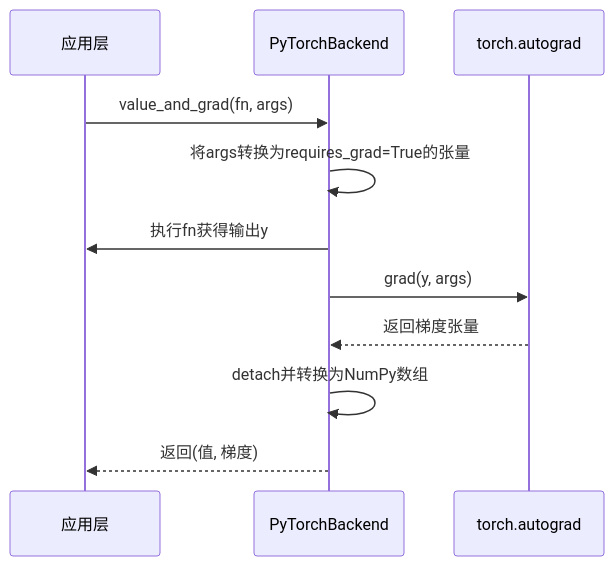
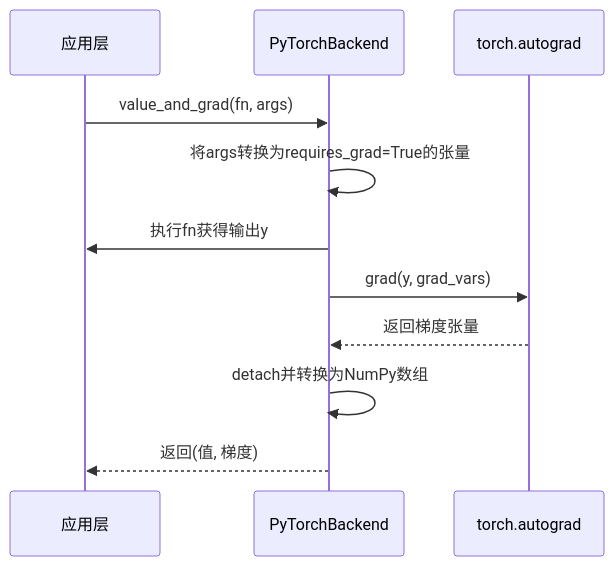
The third of 3 diagrams in .qoder/repowiki/zh/content/数值计算后端/后端实现/后端实现.md (QureGenAI-Biotech/TyxonQ), drawn with Mermaid before and after one commit. The commit also changed other lines of this file and 71 other files, not shown here.

````diff
--- a/.qoder/repowiki/zh/content/数值计算后端/后端实现/后端实现.md
+++ b/.qoder/repowiki/zh/content/数值计算后端/后端实现/后端实现.md
@@ -80,13 +122,13 @@
 ```mermaid
 sequenceDiagram
 participant 应用 as 应用层
-participant 后端 as PyTorchBackend
+participant PyTorch后端 as PyTorchBackend
 participant Autograd as torch.autograd
-应用->>后端 : value_and_grad(fn, args)
-后端->>后端 : 将args转换为requires_grad=True的张量
-后端->>应用 : 执行fn获得输出y
-后端->>Autograd : grad(y, args)
-Autograd-->>后端 : 返回梯度张量
-后端->>后端 : detach并转换为NumPy数组
-后端-->>应用 : 返回(值, 梯度)
+应用->>PyTorch后端 : value_and_grad(fn, args)
+PyTorch后端->>PyTorch后端 : 将args转换为requires_grad=True的张量
+PyTorch后端->>应用 : 执行fn获得输出y
+PyTorch后端->>Autograd : grad(y, grad_vars)
+Autograd-->>PyTorch后端 : 返回梯度张量
+PyTorch后端->>PyTorch后端 : detach并转换为NumPy数组
+PyTorch后端-->>应用 : 返回(值, 梯度)
 ```
````
